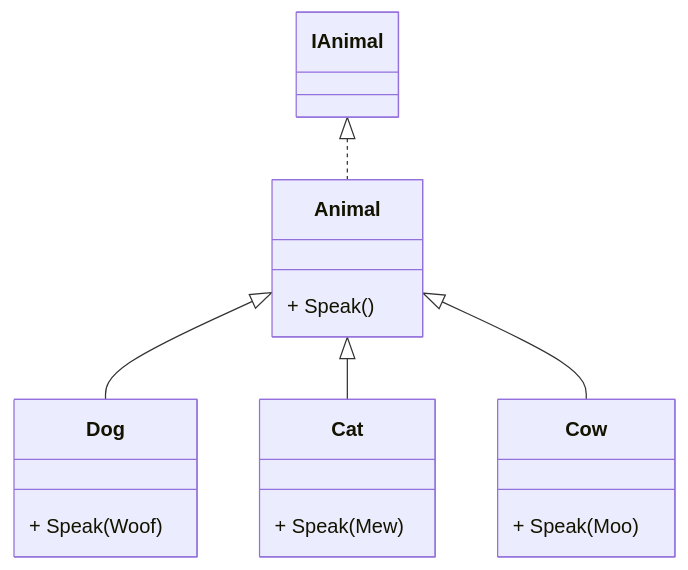
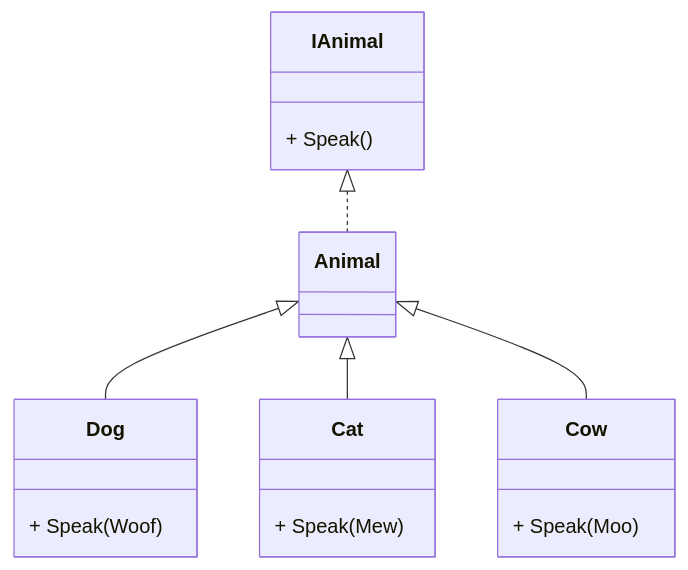
Before and after one commit to TGabinW/CW6: the diagram in README.md, drawn with Mermaid.

````diff
--- a/README.md
+++ b/README.md
@@ -3,18 +3,18 @@
 ```mermaid
 classDiagram
     IAnimal<|..Animal
-    Animal: + Speak()
+    IAnimal: + Speak()
    
     Animal <|-- Dog
     Animal <|-- Cat
     Animal <|-- Cow
     class Dog{
         +  Speak(Woof)
     }
     class Cat{
         + Speak(Mew)
     }
     class Cow{
         + Speak(Moo)
     }
 ```
````
